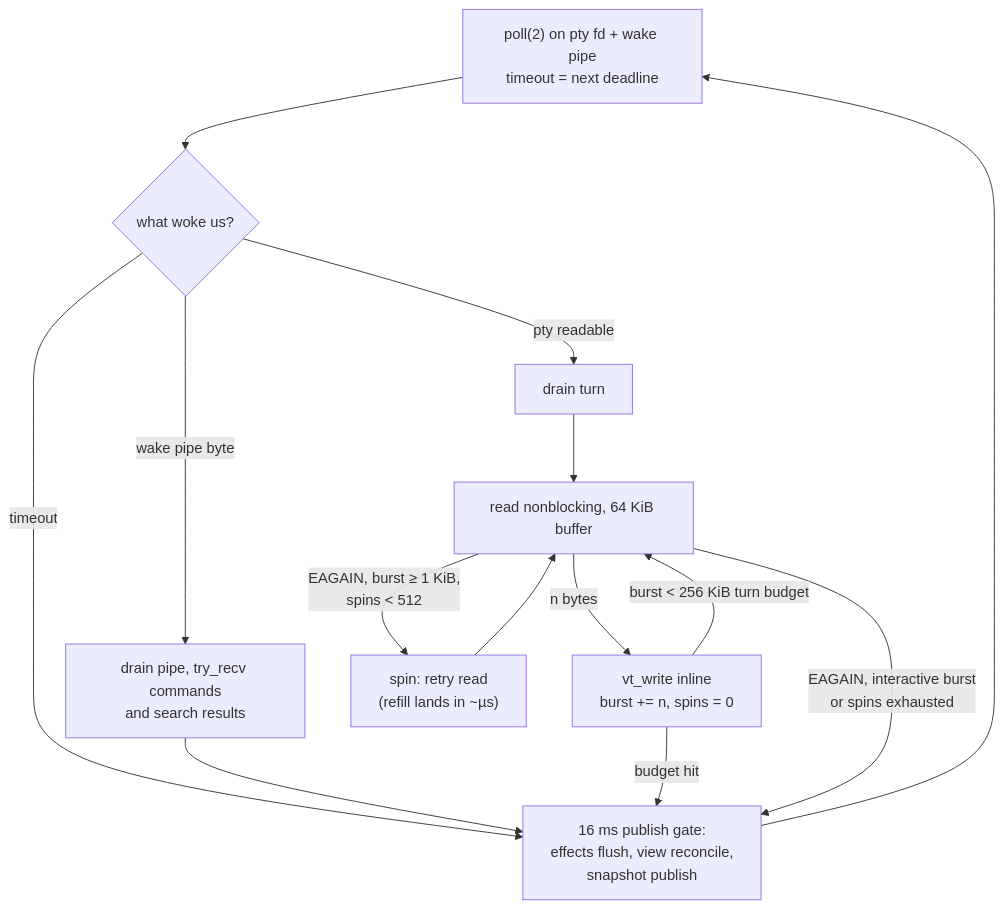
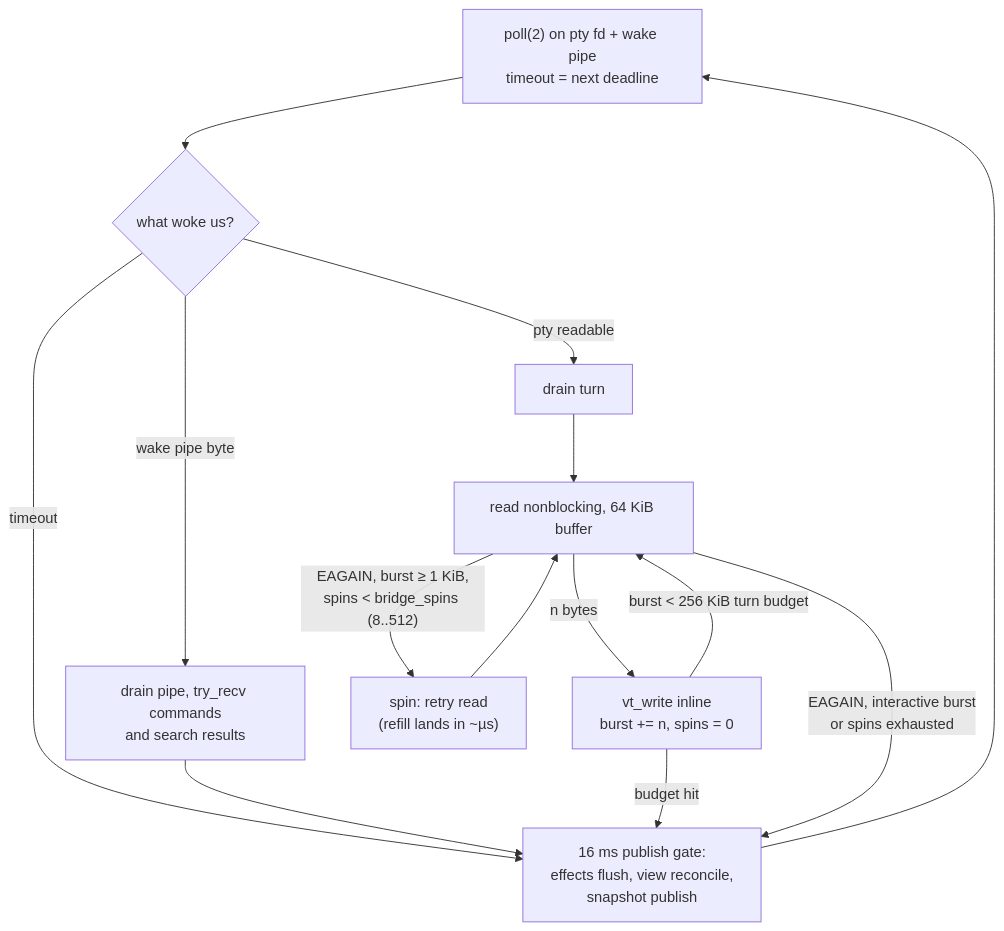
Before and after one commit to autistic-computer/zebrilus: the third of 5 diagrams in knowledge/terminal/pty-drain.md, drawn with Mermaid. The commit also changed other lines of this file and 1 other file, not shown here.

First line of the commit message:
Stop the macOS pty spin bridge from starving its own producer

````diff
--- a/knowledge/terminal/pty-drain.md
+++ b/knowledge/terminal/pty-drain.md
@@ -113,16 +113,16 @@
 ```mermaid
 flowchart TD
     sleep["poll(2) on pty fd + wake pipe<br/>timeout = next deadline"] --> wake{"what woke us?"}
     wake -->|"wake pipe byte"| cmds["drain pipe, try_recv commands<br/>and search results"]
     wake -->|"pty readable"| drain["drain turn"]
     wake -->|"timeout"| gate
     cmds --> gate
     drain --> r["read nonblocking, 64 KiB buffer"]
     r -->|"n bytes"| parse["vt_write inline<br/>burst += n, spins = 0"]
     parse -->|"burst < 256 KiB turn budget"| r
     parse -->|"budget hit"| gate["16 ms publish gate:<br/>effects flush, view reconcile,<br/>snapshot publish"]
-    r -->|"EAGAIN, burst ≥ 1 KiB,<br/>spins < 512"| spin["spin: retry read<br/>(refill lands in ~µs)"]
+    r -->|"EAGAIN, burst ≥ 1 KiB,<br/>spins < bridge_spins (8..512)"| spin["spin: retry read<br/>(refill lands in ~µs)"]
     spin --> r
     r -->|"EAGAIN, interactive burst<br/>or spins exhausted"| gate
     gate --> sleep
 ```
````
